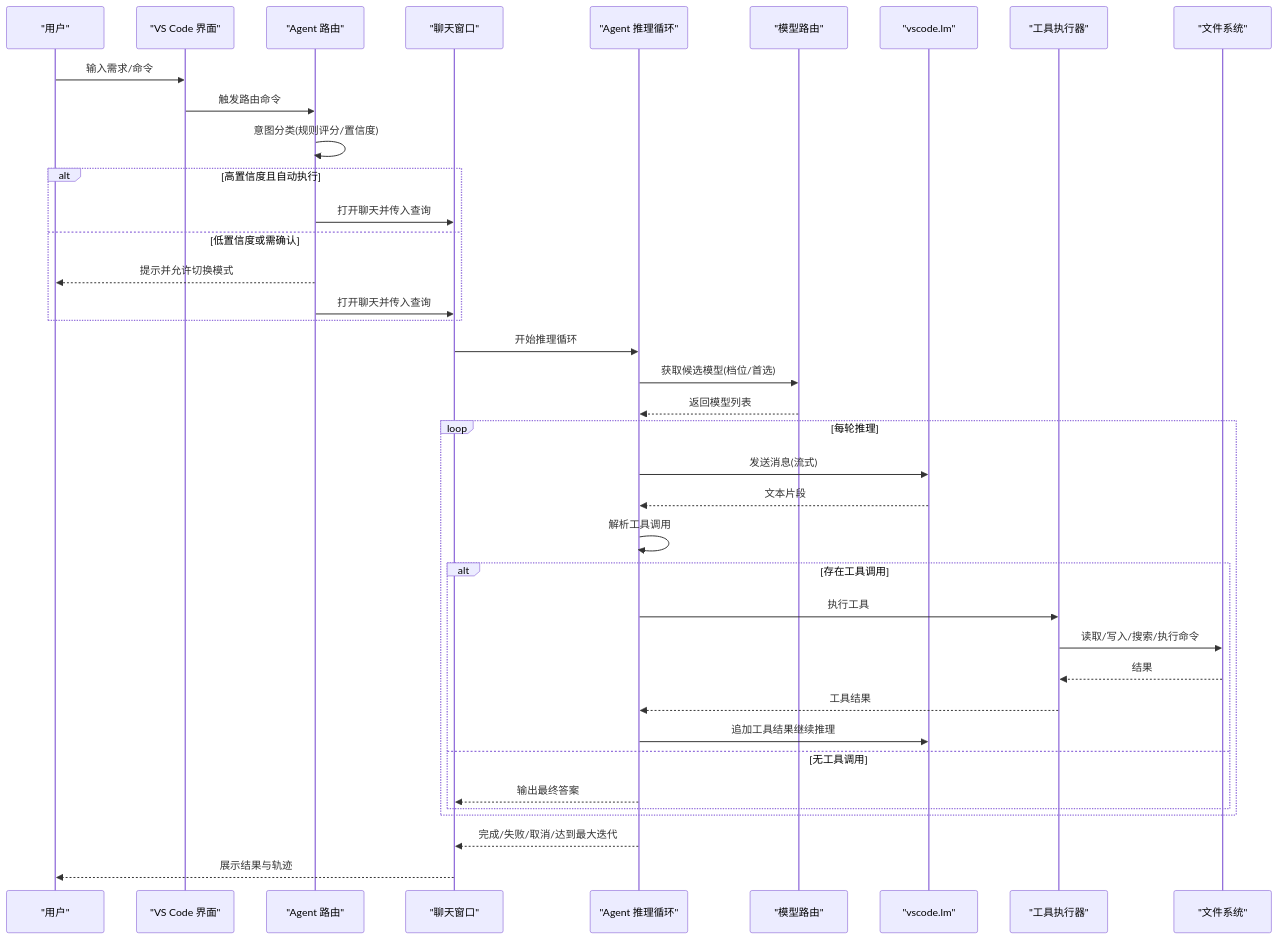
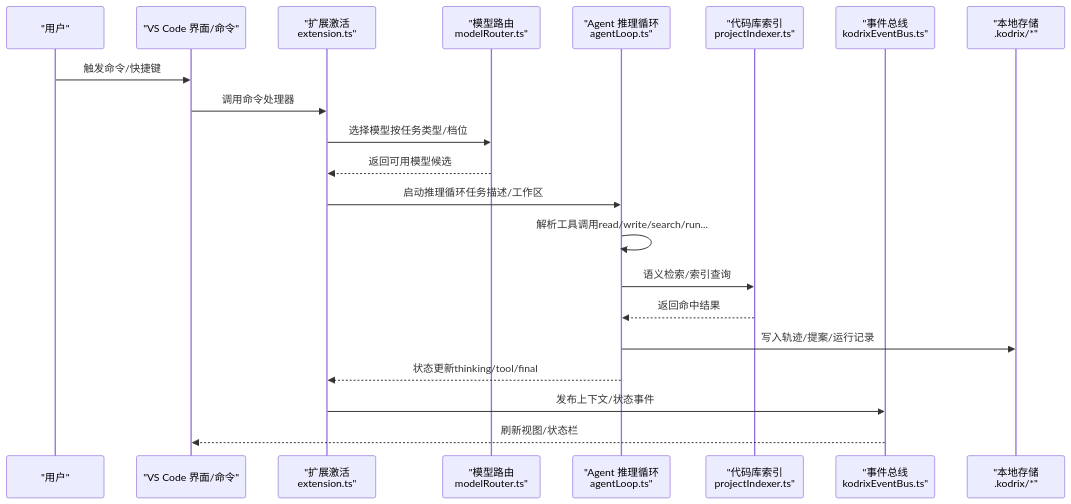
One commit to sofate798/KodrixCode changed the second of 10 diagrams in .qoder/repowiki/zh/content/架构设计/数据流设计.md. Above: the diagram before and after it, drawn with Mermaid. The commit also changed other lines of this file and 178 other files, not shown here.

````diff
--- a/.qoder/repowiki/zh/content/架构设计/数据流设计.md
+++ b/.qoder/repowiki/zh/content/架构设计/数据流设计.md
@@ -79,40 +82,23 @@
 ```mermaid
 sequenceDiagram
 participant U as "用户"
-participant UI as "VS Code 界面"
-participant R as "Agent 路由"
-participant C as "聊天窗口"
-participant L as "Agent 推理循环"
-participant M as "模型路由"
-participant LM as "vscode.lm"
-participant T as "工具执行器"
-participant F as "文件系统"
-U->>UI : 输入需求/命令
-UI->>R : 触发路由命令
-R->>R : 意图分类(规则评分/置信度)
-alt 高置信度且自动执行
-R->>C : 打开聊天并传入查询
-else 低置信度或需确认
-R-->>U : 提示并允许切换模式
-R->>C : 打开聊天并传入查询
-end
-C->>L : 开始推理循环
-L->>M : 获取候选模型(档位/首选)
-M-->>L : 返回模型列表
-loop 每轮推理
-L->>LM : 发送消息(流式)
-LM-->>L : 文本片段
-L->>L : 解析工具调用
-alt 存在工具调用
-L->>T : 执行工具
-T->>F : 读取/写入/搜索/执行命令
-F-->>T : 结果
-T-->>L : 工具结果
-L->>LM : 追加工具结果继续推理
-else 无工具调用
-L-->>C : 输出最终答案
-end
-end
-L-->>C : 完成/失败/取消/达到最大迭代
-C-->>U : 展示结果与轨迹
+participant UI as "VS Code 界面/命令"
+participant EXT as "扩展激活<br/>extension.ts"
+participant MR as "模型路由<br/>modelRouter.ts"
+participant AL as "Agent 推理循环<br/>agentLoop.ts"
+participant IDX as "代码库索引<br/>projectIndexer.ts"
+participant EB as "事件总线<br/>kodrixEventBus.ts"
+participant FS as "本地存储<br/>.kodrix/*"
+U->>UI : 触发命令/快捷键
+UI->>EXT : 调用命令处理器
+EXT->>MR : 选择模型按任务类型/档位
+MR-->>EXT : 返回可用模型候选
+EXT->>AL : 启动推理循环任务描述/工作区
+AL->>AL : 解析工具调用read/write/search/run...
+AL->>IDX : 语义检索/索引查询
+IDX-->>AL : 返回命中结果
+AL->>FS : 写入轨迹/提案/运行记录
+AL-->>EXT : 状态更新thinking/tool/final
+EXT->>EB : 发布上下文/状态事件
+EB-->>UI : 刷新视图/状态栏
 ```
````
